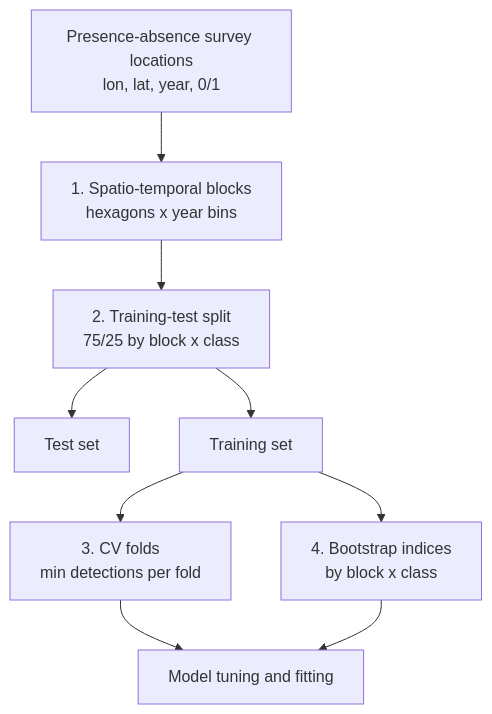
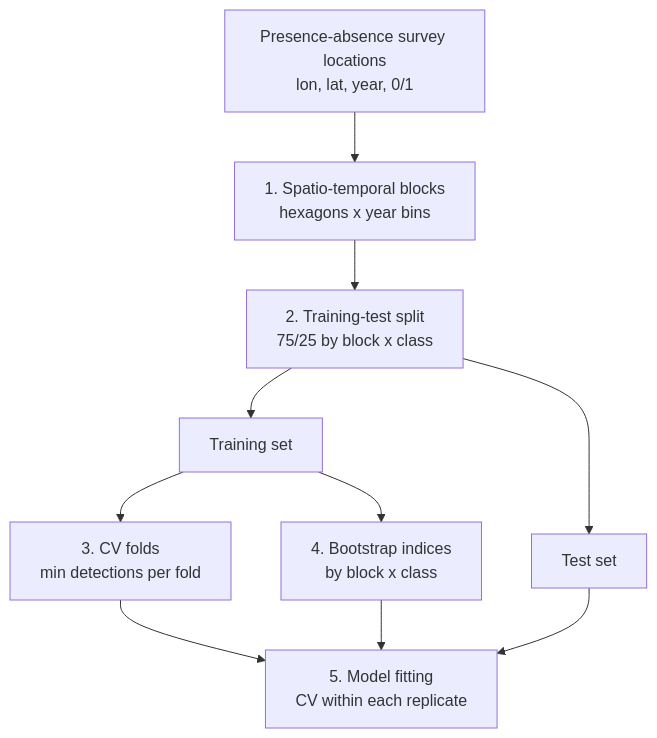
The diagram in vignettes/spatio_temporal_blocking/spatio_temporal_blocking.md (bgcasey/method_guides), drawn with Mermaid before and after one commit. The commit also changed other lines of this file and 1 other file, not shown here.

Commit message:
Enhance spatio-temporal blocking example by simplifying data splitting and adding model fitting steps

````diff
--- a/vignettes/spatio_temporal_blocking/spatio_temporal_blocking.md
+++ b/vignettes/spatio_temporal_blocking/spatio_temporal_blocking.md
@@ -29,11 +30,12 @@
 ```mermaid
 flowchart TD
     A[Presence-absence survey locations<br/>lon, lat, year, 0/1] --> B[1. Spatio-temporal blocks<br/>hexagons x year bins]
     B --> D[2. Training-test split<br/>75/25 by block x class]
     D --> E[Test set]
     D --> F[Training set]
     F --> G[3. CV folds<br/>min detections per fold]
     F --> H[4. Bootstrap indices<br/>by block x class]
-    G --> I[Model tuning and fitting]
+    G --> I[5. Model fitting<br/>CV within each replicate]
     H --> I
+    E --> I
 ```
````
